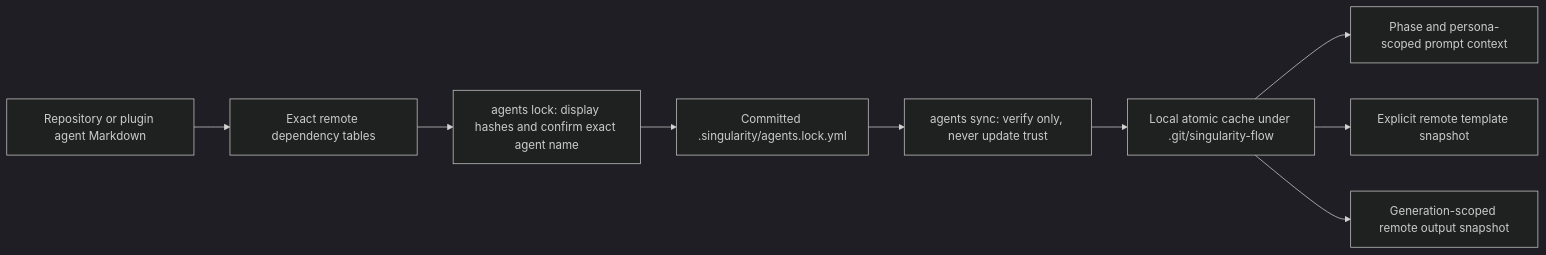
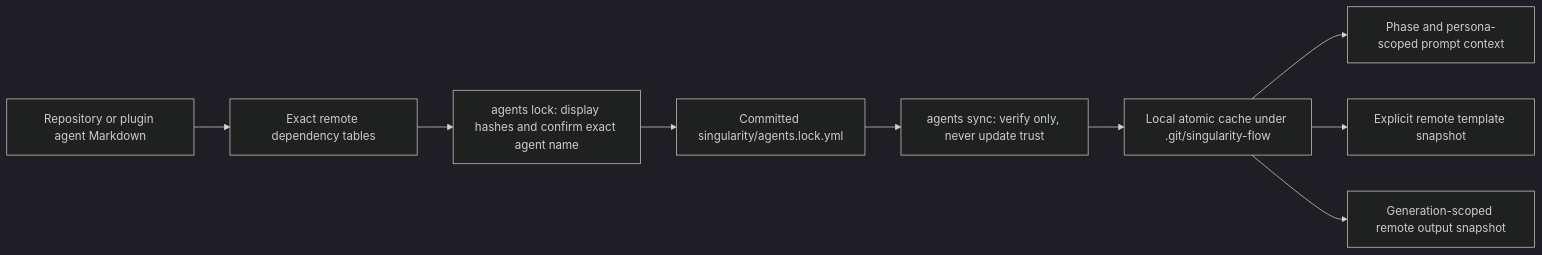
Before and after one commit to ashokraj2011/singularityflow: the fifth of 5 diagrams in HOW-TO.md, drawn with Mermaid (dark theme). The commit also changed other lines of this file and 60 other files, not shown here.

````diff
--- a/HOW-TO.md
+++ b/HOW-TO.md
@@ -322,11 +322,11 @@
 ```mermaid
 flowchart LR
   AgentFile["Repository or plugin agent Markdown"] --> Tables["Exact remote dependency tables"]
   Tables --> Lock["agents lock: display hashes and confirm exact agent name"]
-  Lock --> LockFile["Committed .singularity/agents.lock.yml"]
+  Lock --> LockFile["Committed singularity/agents.lock.yml"]
   LockFile --> Sync["agents sync: verify only, never update trust"]
   Sync --> Cache["Local atomic cache under .git/singularity-flow"]
   Cache --> Prompt["Phase and persona-scoped prompt context"]
   Cache --> Template["Explicit remote template snapshot"]
   Cache --> Output["Generation-scoped remote output snapshot"]
 ```
````
